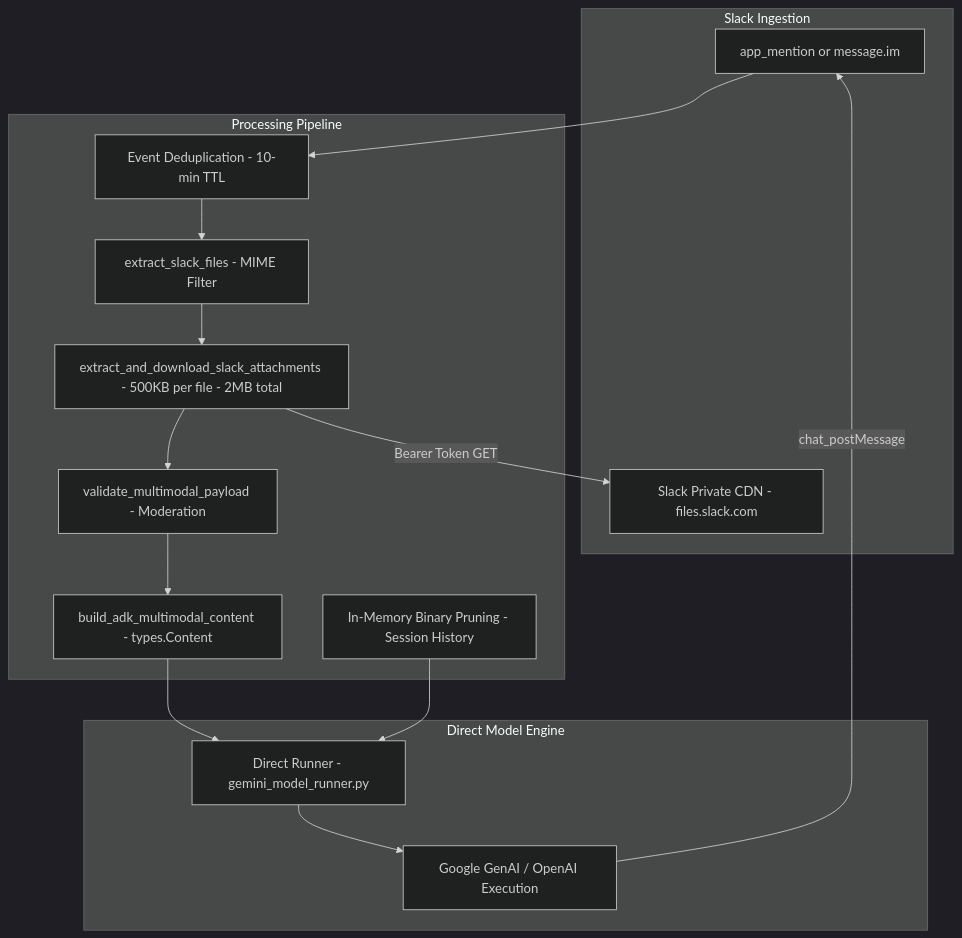
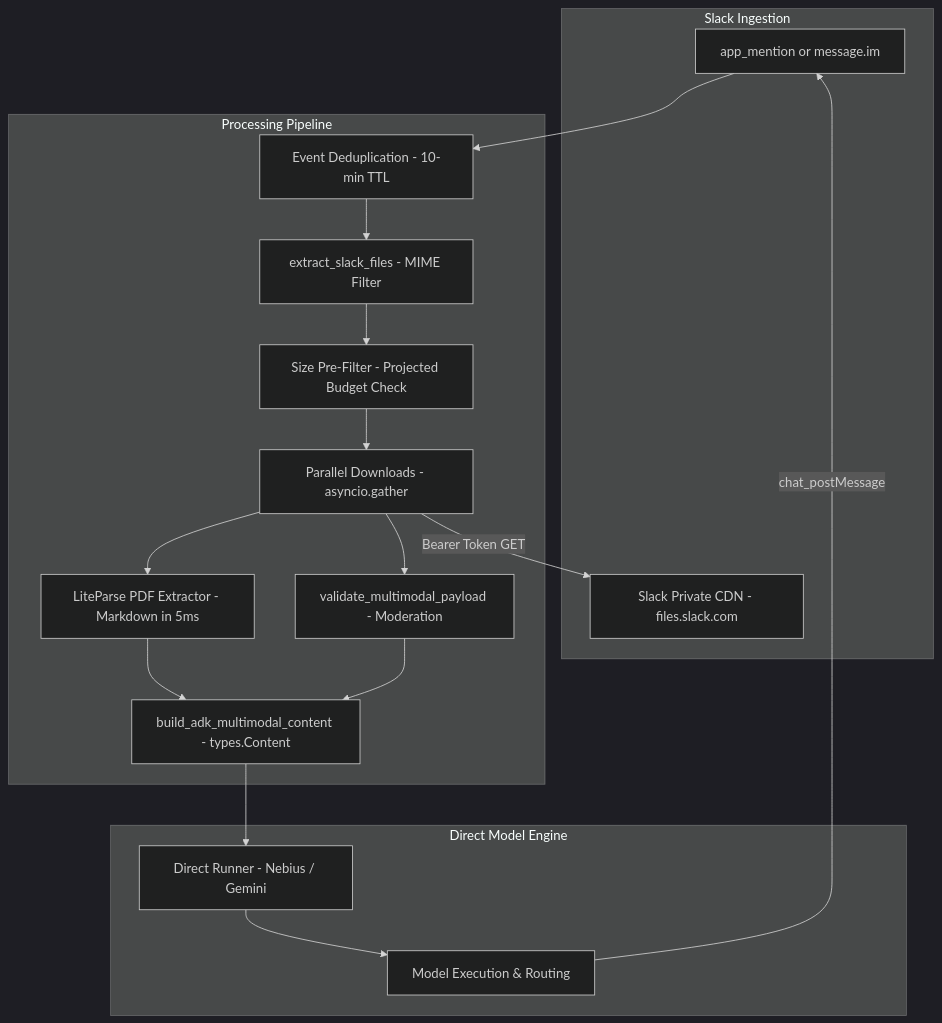
Before and after one commit to AmritSDutta/Aryhant: the first of 2 diagrams in docs/multimodal.mdx, drawn with Mermaid (dark theme). The commit also changed other lines of this file and 8 other files, not shown here.

````diff
--- a/docs/multimodal.mdx
+++ b/docs/multimodal.mdx
@@ -12,29 +12,32 @@
 ```mermaid
 flowchart TD
   subgraph Slack["Slack Ingestion"]
     Event["app_mention or message.im"]
     CDN["Slack Private CDN - files.slack.com"]
   end
   subgraph Bridge["Processing Pipeline"]
     Dedup["Event Deduplication - 10-min TTL"]
     Extract["extract_slack_files - MIME Filter"]
-    Download["extract_and_download_slack_attachments - 500KB per file - 2MB total"]
+    PreFilter["Size Pre-Filter - Projected Budget Check"]
+    Download["Parallel Downloads - asyncio.gather"]
+    PDFExtract["LiteParse PDF Extractor - Markdown in 5ms"]
     Validate["validate_multimodal_payload - Moderation"]
     Build["build_adk_multimodal_content - types.Content"]
-    Pruning["In-Memory Binary Pruning - Session History"]
   end
   subgraph AgentLayer["Direct Model Engine"]
-    Runner["Direct Runner - gemini_model_runner.py"]
-    GenAI["Google GenAI / OpenAI Execution"]
+    Runner["Direct Runner - Nebius / Gemini"]
+    GenAI["Model Execution & Routing"]
   end
   Event --> Dedup
   Dedup --> Extract
-  Extract --> Download
+  Extract --> PreFilter
+  PreFilter --> Download
   Download -->|Bearer Token GET| CDN
+  Download --> PDFExtract
   Download --> Validate
+  PDFExtract --> Build
   Validate --> Build
   Build --> Runner
-  Pruning --> Runner
   Runner --> GenAI
   GenAI -->|chat_postMessage| Event
 ```
````
